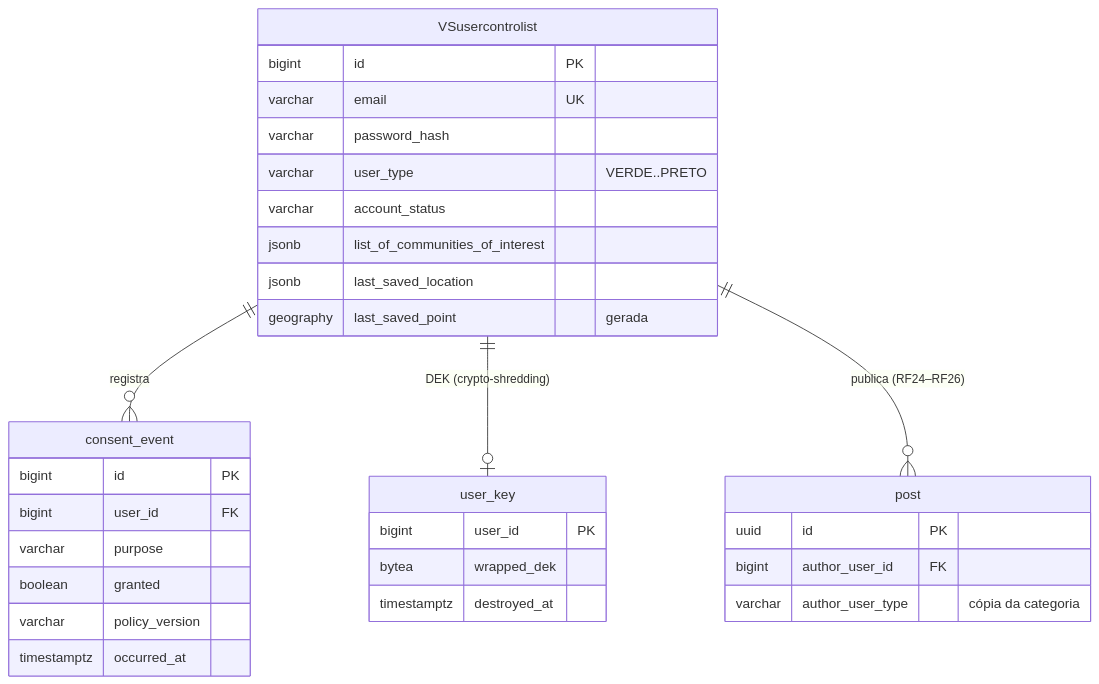
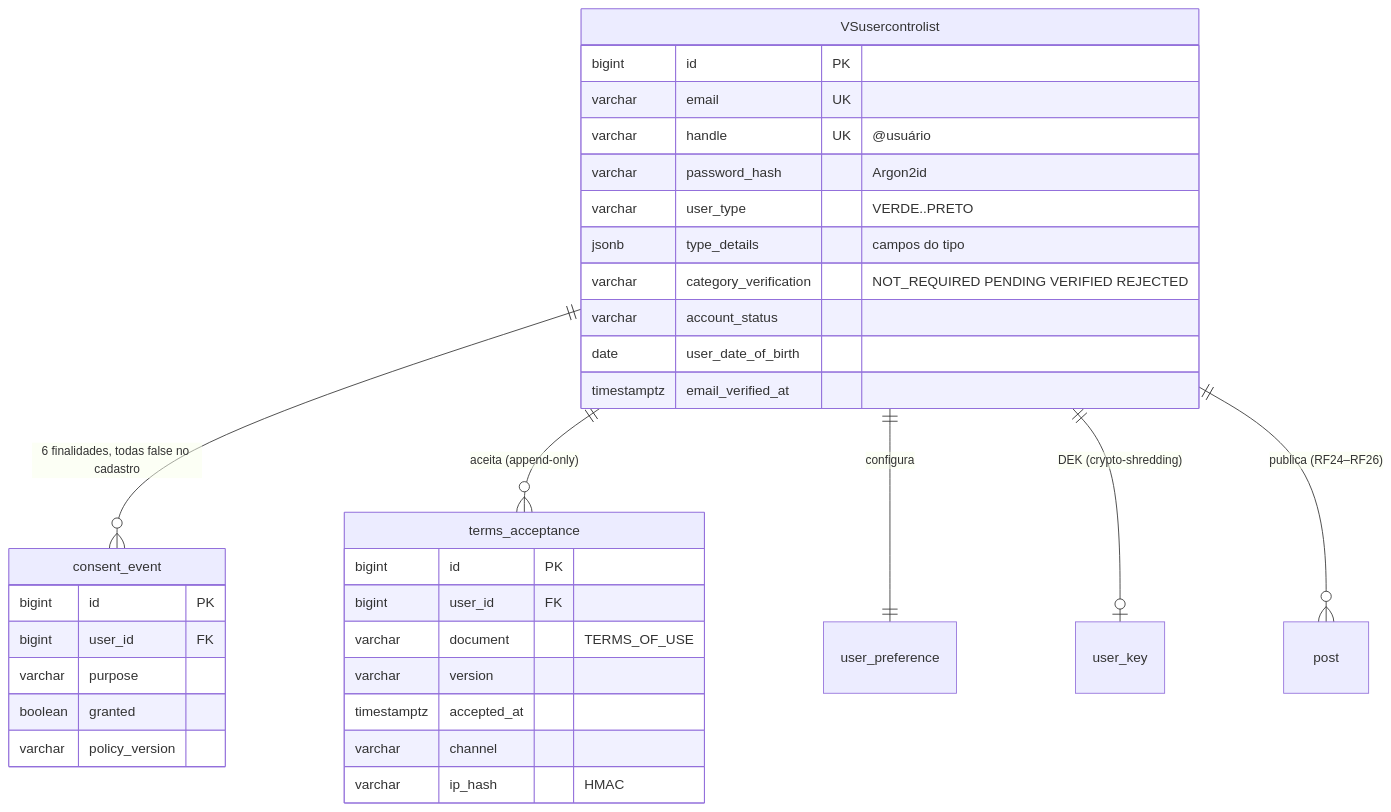
The fourth of 4 diagrams in docs/rf/RF01-cadastro-usuario.md (MatheusHaliski/orange_social_velion), drawn with Mermaid before and after one commit. The commit also changed other lines of this file and 78 other files, not shown here.

First line of the commit message:
Add sign-up with user type and Velion terms, sessions, 2FA, settings and 30-day deletion

````diff
--- a/docs/rf/RF01-cadastro-usuario.md
+++ b/docs/rf/RF01-cadastro-usuario.md
@@ -81,34 +138,36 @@
 ```mermaid
 erDiagram
-    VSusercontrolist ||--o{ consent_event : registra
+    VSusercontrolist ||--o{ consent_event : "6 finalidades, todas false no cadastro"
+    VSusercontrolist ||--o{ terms_acceptance : "aceita (append-only)"
+    VSusercontrolist ||--|| user_preference : configura
     VSusercontrolist ||--o| user_key : "DEK (crypto-shredding)"
     VSusercontrolist ||--o{ post : "publica (RF24–RF26)"
     VSusercontrolist {
         bigint id PK
         varchar email UK
-        varchar password_hash
+        varchar handle UK "@usuário"
+        varchar password_hash "Argon2id"
         varchar user_type "VERDE..PRETO"
+        jsonb type_details "campos do tipo"
+        varchar category_verification "NOT_REQUIRED PENDING VERIFIED REJECTED"
         varchar account_status
-        jsonb list_of_communities_of_interest
-        jsonb last_saved_location
-        geography last_saved_point "gerada"
+        date user_date_of_birth
+        timestamptz email_verified_at
+    }
+    terms_acceptance {
+        bigint id PK
+        bigint user_id FK
+        varchar document "TERMS_OF_USE"
+        varchar version
+        timestamptz accepted_at
+        varchar channel
+        varchar ip_hash "HMAC"
     }
     consent_event {
         bigint id PK
         bigint user_id FK
         varchar purpose
         boolean granted
         varchar policy_version
-        timestamptz occurred_at
-    }
-    user_key {
-        bigint user_id PK
-        bytea wrapped_dek
-        timestamptz destroyed_at
-    }
-    post {
-        uuid id PK
-        bigint author_user_id FK
-        varchar author_user_type "cópia da categoria"
     }
 ```
````
